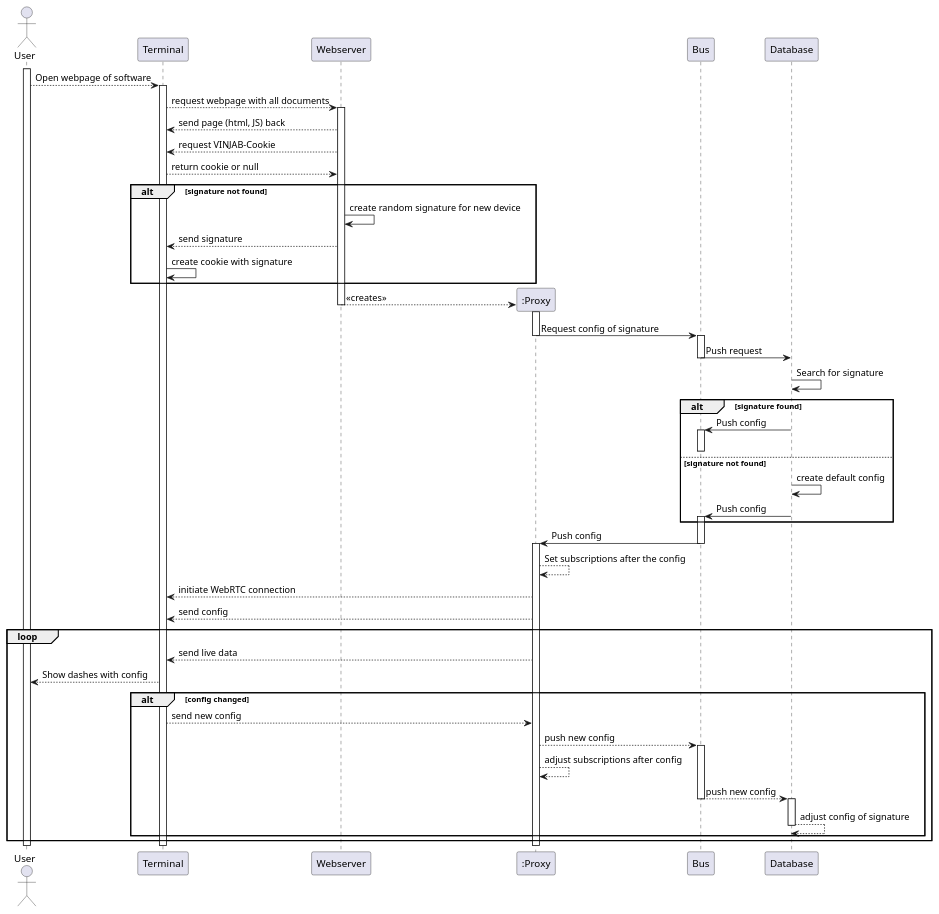
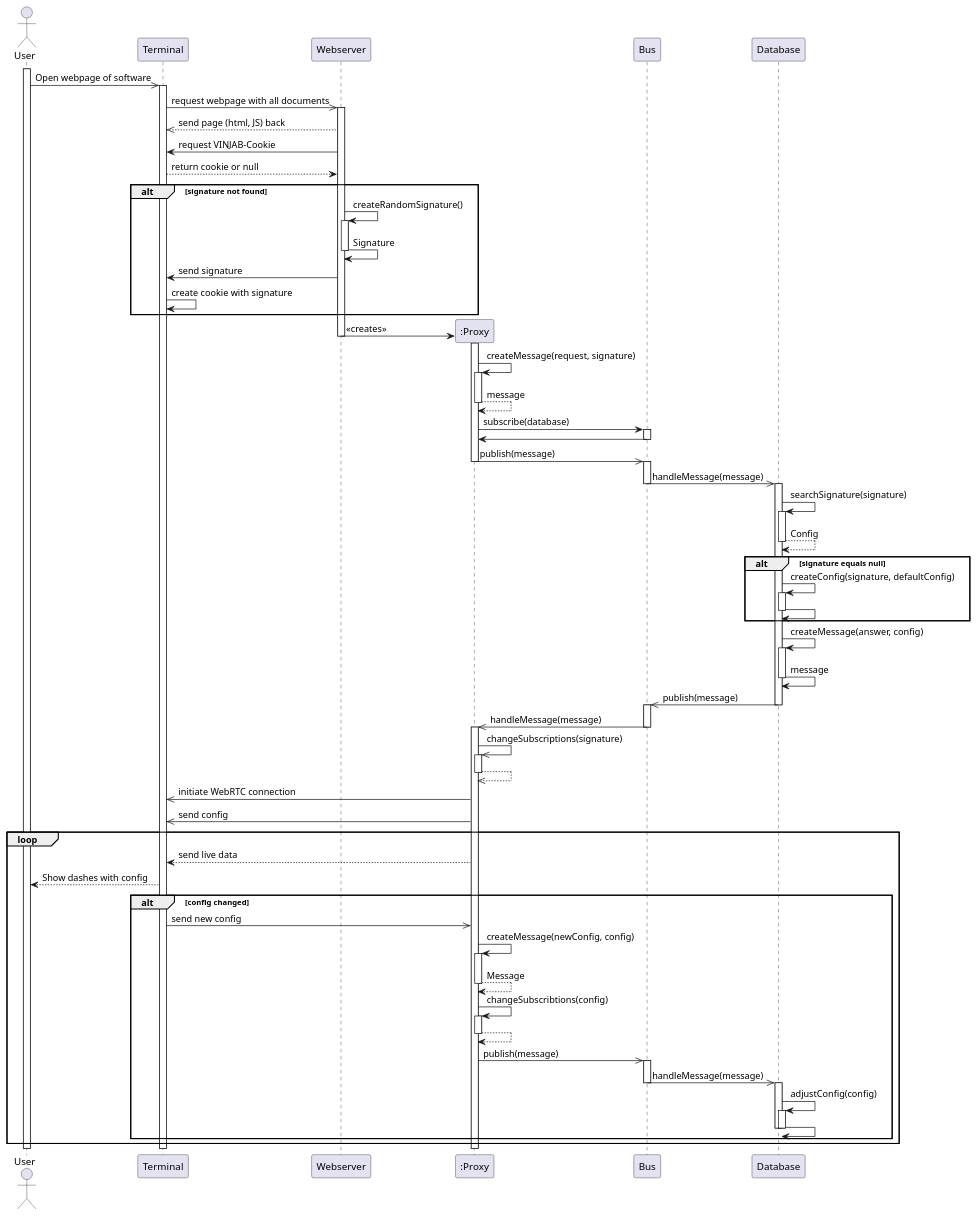
The diagram in Entwurf/diagrams/Connect.pu (uzdry/PSE), drawn with PlantUML before and after one commit. The commit also changed 1 other file, not shown here.

```diff
--- a/Entwurf/diagrams/Connect.pu
+++ b/Entwurf/diagrams/Connect.pu
@@ -1,70 +1,107 @@
 @startuml
 actor User
 
 activate User
-User --> Terminal: Open webpage of software
+User ->> Terminal: Open webpage of software
 activate Terminal
 
-Terminal --> Webserver: request webpage with all documents
+Terminal ->> Webserver: request webpage with all documents
 activate Webserver
 
-Terminal <-- Webserver: send page (html, JS) back
-Webserver --> Terminal: request VINJAB-Cookie
+Terminal <<-- Webserver: send page (html, JS) back
+Webserver -> Terminal: request VINJAB-Cookie
 Terminal --> Webserver: return cookie or null
 alt signature not found
-	Webserver -> Webserver: create random signature for new device
-	Webserver --> Terminal: send signature
+	Webserver -> Webserver: createRandomSignature()
+	activate Webserver
+		Webserver -> Webserver: Signature
+	deactivate Webserver
+	Webserver -> Terminal: send signature
 	Terminal -> Terminal: create cookie with signature
 end
 
 create ":Proxy"
-Webserver --> ":Proxy": <<creates>>
-activate ":Proxy"
+Webserver -> ":Proxy": <<creates>>
 deactivate Webserver
 
-":Proxy" -> Bus: Request config of signature
+activate ":Proxy"
+	":Proxy" -> ":Proxy": createMessage(request, signature)
+	activate ":Proxy"
+		":Proxy" --> ":Proxy": message
+	deactivate ":Proxy"
+	":Proxy" -> Bus: subscribe(database)
+	activate Bus
+    	Bus -> ":Proxy"
+    deactivate Bus
+	":Proxy" ->> Bus: publish(message)
 deactivate ":Proxy"
+
 activate Bus
-Bus -> Database: Push request
+	Bus ->> Database: handleMessage(message)
 deactivate Bus
-Database -> Database: Search for signature
 
-alt signature found
-	Bus <- Database: Push config	
-	activate Bus
-else signature not found
-	deactivate Bus
-	Database -> Database: create default config
-	Database -> Bus: Push config
-	activate Bus
-end
+activate Database
+	Database -> Database: searchSignature(signature)
+	activate Database
+		Database --> Database: Config
+	deactivate Database
 
-Bus -> ":Proxy": Push config
+	alt signature equals null
+		Database -> Database: createConfig(signature, defaultConfig)
+		activate Database
+			Database -> Database
+		deactivate Database
+		
+	end
+	Database -> Database: createMessage(answer, config)
+	activate Database
+		Database -> Database: message
+	deactivate Database
+	Database ->> Bus: publish(message)
+deactivate Database	
+
+activate Bus
+	Bus ->> ":Proxy": handleMessage(message)
 deactivate Bus
+
 activate ":Proxy"
+	":Proxy" ->> ":Proxy": changeSubscriptions(signature)
+	activate ":Proxy"
+		":Proxy" -->> ":Proxy"
+	deactivate ":Proxy"
+	Terminal <<- ":Proxy": initiate WebRTC connection
+	Terminal <<- ":Proxy": send config
 
-":Proxy" --> ":Proxy": Set subscriptions after the config
-Terminal <-- ":Proxy": initiate WebRTC connection
-Terminal <-- ":Proxy": send config
+	loop
+		Terminal <-- ":Proxy": send live data
+		Terminal --> User: Show dashes with config	
 
-loop
-	Terminal <-- ":Proxy": send live data
-	Terminal --> User: Show dashes with config	
-
-	alt config changed
-		Terminal --> ":Proxy": send new config
-		":Proxy" --> Bus: push new config
-		activate Bus
-		":Proxy" --> ":Proxy": adjust subscriptions after config
-		Bus --> Database: push new config
-		deactivate Bus
-		activate Database
-		Database --> Database: adjust config of signature
-		deactivate Database
+		alt config changed
+			Terminal ->> ":Proxy": send new config
+			":Proxy" -> ":Proxy": createMessage(newConfig, config)
+			activate ":Proxy"
+				":Proxy" --> ":Proxy": Message
+			deactivate ":Proxy"
+			":Proxy" -> ":Proxy": changeSubscribtions(config)
+			activate ":Proxy"
+				":Proxy" --> ":Proxy"
+			deactivate ":Proxy"
+			":Proxy" ->> Bus: publish(message)
+			activate Bus
+				Bus ->> Database: handleMessage(message)
+			deactivate Bus
+			
+			activate Database
+				Database -> Database: adjustConfig(config)
+				activate Database
+					Database->Database
+				deactivate Database
+			deactivate Database
+		end
 	end
-end
+deactivate ":Proxy"
 
 deactivate User
 deactivate Terminal
-deactivate ":Proxy"
+deactivate Database
 @enduml
```
